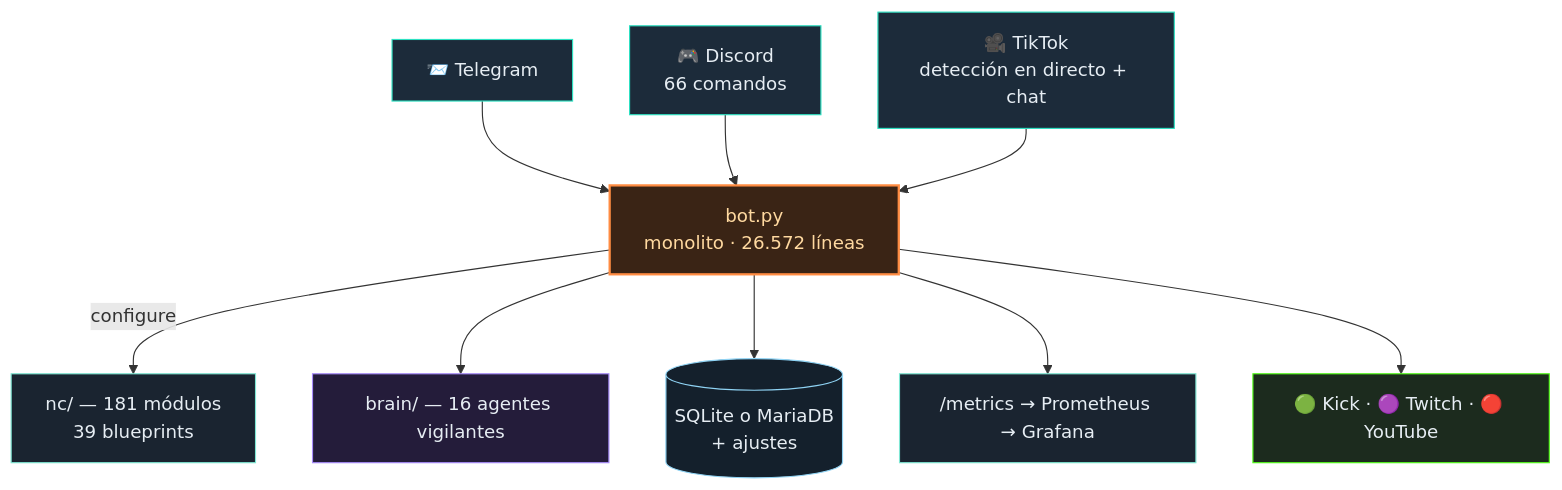
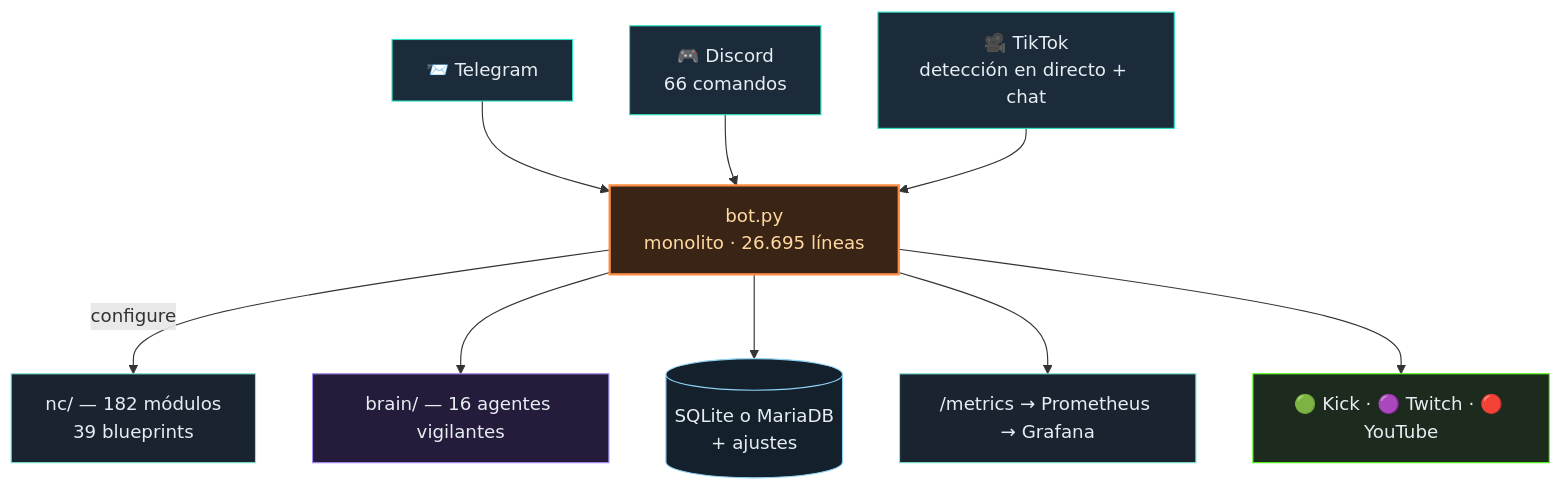
The diagram in README.es.md (itsamemedev/Telegram-Stream-Info-Bot), drawn with Mermaid before and after one commit. The commit also changed other lines of this file and 13 other files, not shown here.

````diff
--- a/README.es.md
+++ b/README.es.md
@@ -64,18 +64,18 @@
 ```mermaid
 flowchart TB
     TG["📨 Telegram"]:::ein --> BOT
     DC["🎮 Discord<br/>66 comandos"]:::ein --> BOT
     TT["🎥 TikTok<br/>detección en directo + chat"]:::ein --> BOT
-    BOT["bot.py<br/>monolito · 26.572 líneas"]:::core
-    BOT -->|configure| NC["nc/ — 181 módulos<br/>39 blueprints"]:::lib
+    BOT["bot.py<br/>monolito · 26.695 líneas"]:::core
+    BOT -->|configure| NC["nc/ — 182 módulos<br/>39 blueprints"]:::lib
     BOT --> BRAIN["brain/ — 16 agentes vigilantes"]:::brain
     BOT --> DB[("SQLite o MariaDB<br/>+ ajustes")]:::db
     BOT --> PROM["/metrics → Prometheus → Grafana"]:::lib
     BOT --> OUT["🟢 Kick · 🟣 Twitch · 🔴 YouTube"]:::out
     classDef ein fill:#1c2b3a,stroke:#2de1c2,color:#e6edf3
     classDef core fill:#3a2415,stroke:#ff8c42,stroke-width:2px,color:#ffd9a0
     classDef lib fill:#1a2430,stroke:#7fe7d4,color:#e6edf3
     classDef brain fill:#241c3a,stroke:#a78bfa,color:#e6edf3
     classDef db fill:#14202c,stroke:#8fd3f4,color:#e6edf3
     classDef out fill:#1c2b1e,stroke:#53fc18,color:#e6edf3
 ```
````
